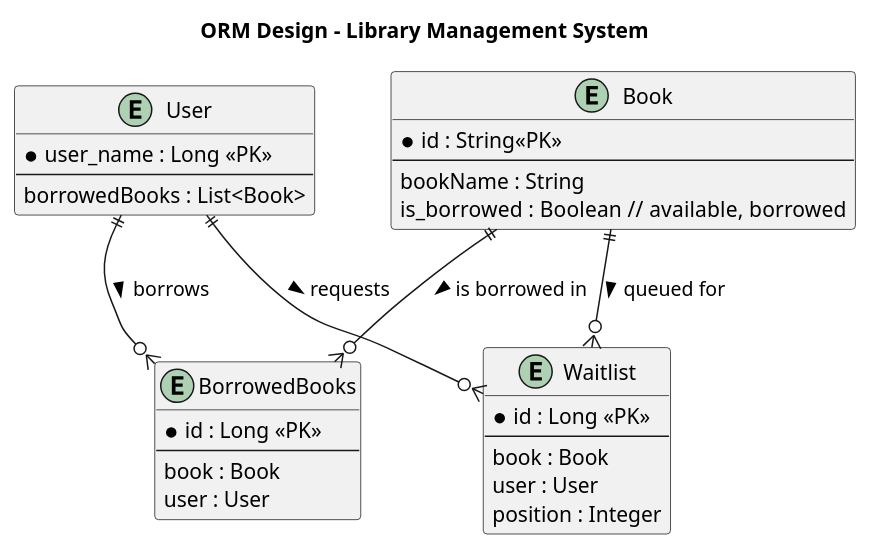
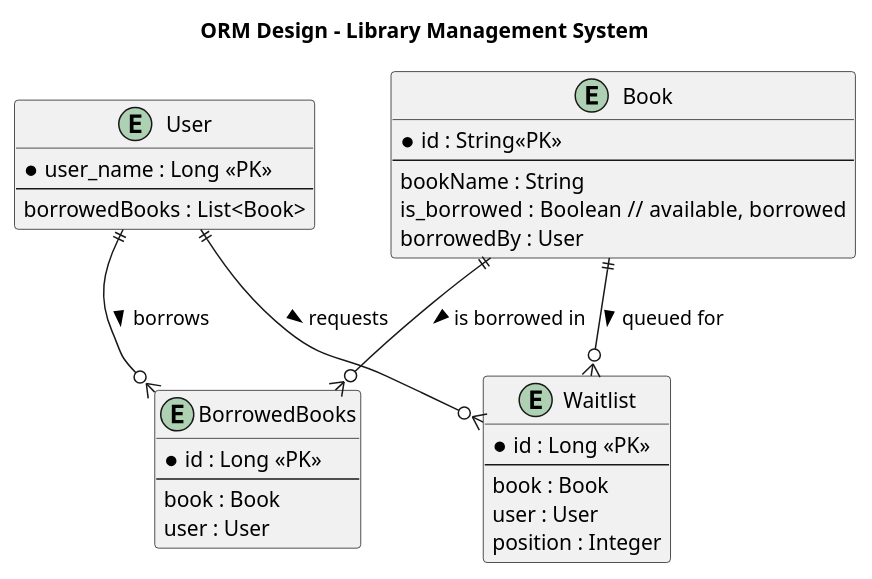
The diagram in src/main/docs/ORM_DFD_Flow.puml (hafizferoz/libraryms), drawn with PlantUML before and after one commit.

Commit message:
update project with design flow

```diff
--- a/src/main/docs/ORM_DFD_Flow.puml
+++ b/src/main/docs/ORM_DFD_Flow.puml
@@ -1,38 +1,39 @@
 @startuml
 title ORM Design - Library Management System
 
 entity "User" as User {
   * user_name : Long <<PK>>
   --
   borrowedBooks : List<Book>
 }
 
 entity "Book" as Book {
   * id : String<<PK>>
   --
   bookName : String
   is_borrowed : Boolean  // available, borrowed
+  borrowedBy : User
 }
 
 entity "BorrowedBooks" as BorrowedBooks {
   * id : Long <<PK>>
   --
   book : Book
   user : User
 }
 
 entity "Waitlist" as Waitlist {
   * id : Long <<PK>>
   --
    book : Book
    user : User
   position : Integer
 }
 
 ' --- Relationships ---
 User ||--o{ BorrowedBooks : borrows >
 Book ||--o{ BorrowedBooks : is borrowed in >
 User ||--o{ Waitlist : requests >
 Book ||--o{ Waitlist : queued for >
 
 @enduml
```
